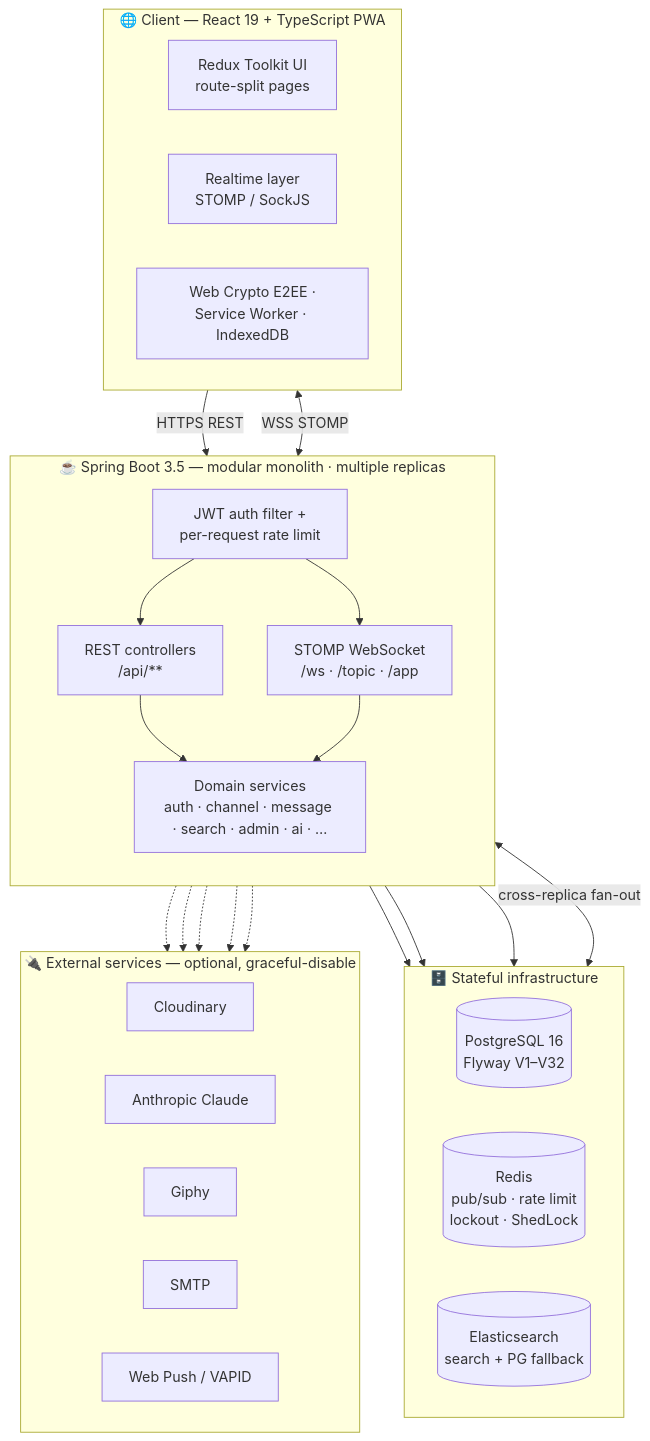
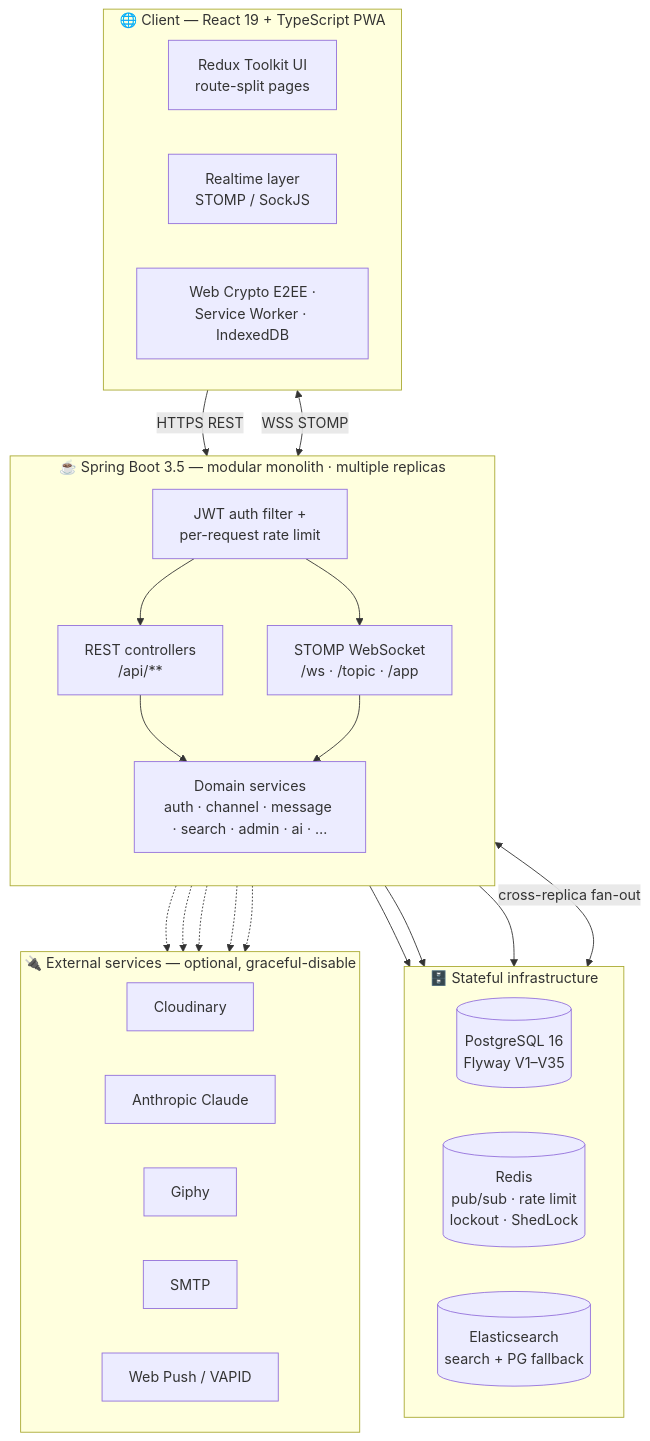
One commit to YusufKosarDev/ripplechat changed the diagram in README.md. Above: the diagram before and after it, drawn with Mermaid. The commit also changed other lines of this file and 1 other file, not shown here.

Commit message:
docs(readme): document Signal Double Ratchet & X3DH E2EE features and update Flyway migration ranges

````diff
--- a/README.md
+++ b/README.md
@@ -177,43 +177,43 @@
 ```mermaid
 flowchart TB
     subgraph Client["🌐 Client — React 19 + TypeScript PWA"]
         direction LR
         UI["Redux Toolkit UI<br/>route-split pages"]
         RT["Realtime layer<br/>STOMP / SockJS"]
         SEC["Web Crypto E2EE ·<br/>Service Worker · IndexedDB"]
     end
 
     subgraph Backend["☕ Spring Boot 3.5 — modular monolith · multiple replicas"]
         direction TB
         JWT["JWT auth filter +<br/>per-request rate limit"]
         REST["REST controllers<br/>/api/**"]
         WS["STOMP WebSocket<br/>/ws · /topic · /app"]
         SVC["Domain services<br/>auth · channel · message · search · admin · ai · …"]
         JWT --> REST --> SVC
         JWT --> WS --> SVC
     end
 
     subgraph Data["🗄️ Stateful infrastructure"]
         direction LR
-        PG[("PostgreSQL 16<br/>Flyway V1–V32")]
+        PG[("PostgreSQL 16<br/>Flyway V1–V35")]
         RD[("Redis<br/>pub/sub · rate limit<br/>lockout · ShedLock")]
         ES[("Elasticsearch<br/>search + PG fallback")]
     end
 
     subgraph Ext["🔌 External services — optional, graceful-disable"]
         direction LR
         CL["Cloudinary"]
         AN["Anthropic Claude"]
         GF["Giphy"]
         SM["SMTP"]
         VP["Web Push / VAPID"]
     end
 
     UI -->|HTTPS REST| REST
     RT <-->|WSS STOMP| WS
     SVC --> PG
     SVC --> ES
     SVC --> RD
     WS <-->|cross-replica fan-out| RD
     SVC -.-> CL & AN & GF & SM & VP
 ```
````
